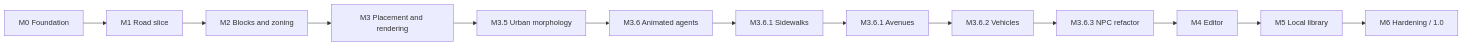
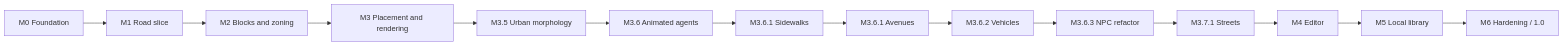
One commit to Canni-DEV/city changed the diagram in docs/ROADMAP.md. Above: the diagram before and after it, drawn with Mermaid. The commit also changed other lines of this file and 28 other files, not shown here.

````diff
--- a/docs/ROADMAP.md
+++ b/docs/ROADMAP.md
@@ -3,4 +3,4 @@
 ```mermaid
 flowchart LR
-  M0["M0 Foundation"] --> M1["M1 Road slice"] --> M2["M2 Blocks and zoning"] --> M3["M3 Placement and rendering"] --> M35["M3.5 Urban morphology"] --> M36["M3.6 Animated agents"] --> M361["M3.6.1 Sidewalks"] --> M361A["M3.6.1 Avenues"] --> M362["M3.6.2 Vehicles"] --> M363["M3.6.3 NPC refactor"] --> M4["M4 Editor"] --> M5["M5 Local library"] --> M6["M6 Hardening / 1.0"]
+  M0["M0 Foundation"] --> M1["M1 Road slice"] --> M2["M2 Blocks and zoning"] --> M3["M3 Placement and rendering"] --> M35["M3.5 Urban morphology"] --> M36["M3.6 Animated agents"] --> M361["M3.6.1 Sidewalks"] --> M361A["M3.6.1 Avenues"] --> M362["M3.6.2 Vehicles"] --> M363["M3.6.3 NPC refactor"] --> M371["M3.7.1 Streets"] --> M4["M4 Editor"] --> M5["M5 Local library"] --> M6["M6 Hardening / 1.0"]
 ```
````
